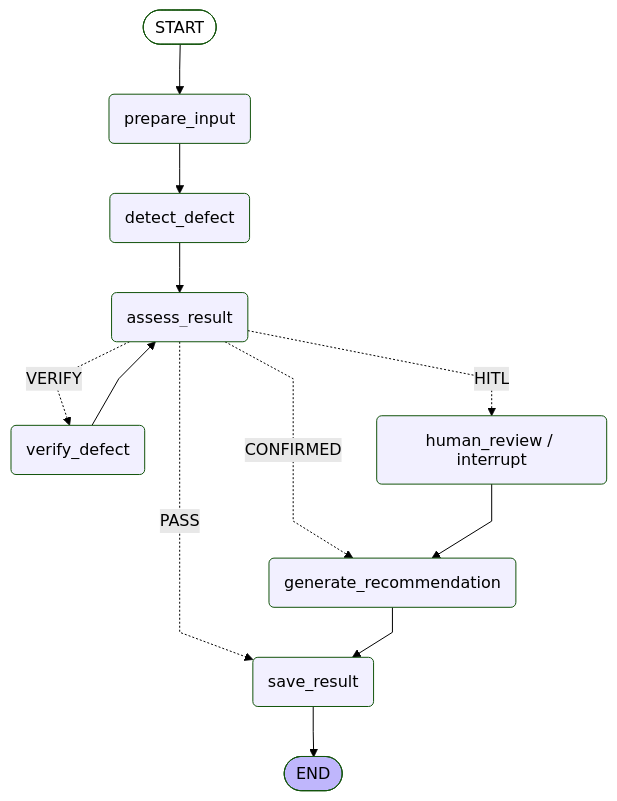
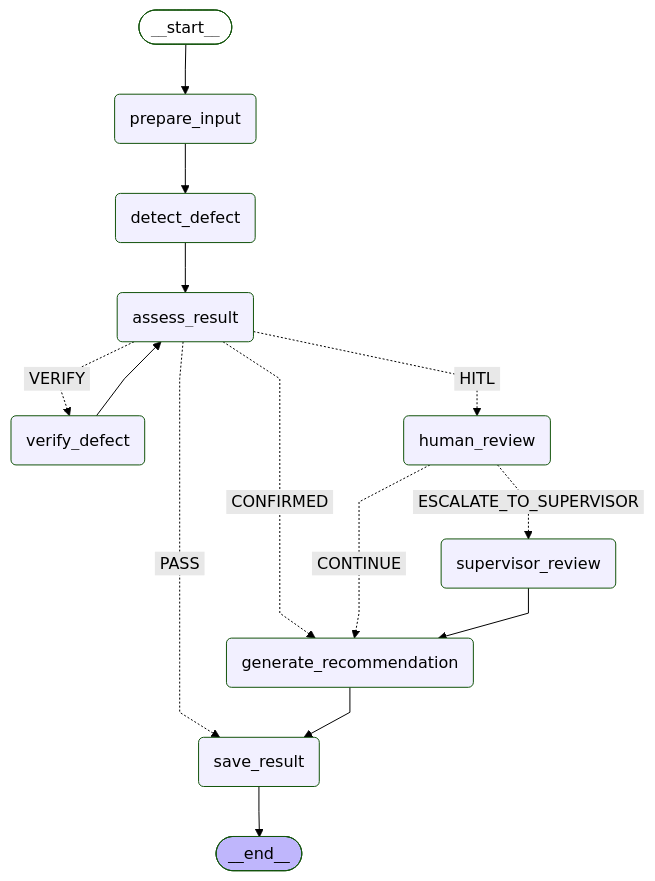
The diagram in agent_flow.mmd (Dang2k5/surface_car), drawn with Mermaid (forest theme) before and after one commit. The commit also changed 160 other files, not shown here.

```diff
--- a/agent_flow.mmd
+++ b/agent_flow.mmd
@@ -1,29 +1,32 @@
 ---
 config:
   flowchart:
     curve: linear
 ---
 graph TD;
-    __start__([START]):::first
-    prepare_input(prepare_input)
-    detect_defect(detect_defect)
-    assess_result(assess_result)
-    verify_defect(verify_defect)
-    human_review(human_review / interrupt)
-    generate_recommendation(generate_recommendation)
-    save_result(save_result)
-    __end__([END]):::last
-    __start__ --> prepare_input
-    prepare_input --> detect_defect
-    detect_defect --> assess_result
-    assess_result -. PASS .-> save_result
-    assess_result -. CONFIRMED .-> generate_recommendation
-    assess_result -. VERIFY .-> verify_defect
-    assess_result -. HITL .-> human_review
-    verify_defect --> assess_result
-    human_review --> generate_recommendation
-    generate_recommendation --> save_result
-    save_result --> __end__
-    classDef default fill:#f2f0ff,line-height:1.2
-    classDef first fill-opacity:0
-    classDef last fill:#bfb6fc
+	__start__([<p>__start__</p>]):::first
+	prepare_input(prepare_input)
+	detect_defect(detect_defect)
+	assess_result(assess_result)
+	verify_defect(verify_defect)
+	human_review(human_review)
+	supervisor_review(supervisor_review)
+	generate_recommendation(generate_recommendation)
+	save_result(save_result)
+	__end__([<p>__end__</p>]):::last
+	__start__ --> prepare_input;
+	assess_result -. &nbsp;CONFIRMED&nbsp; .-> generate_recommendation;
+	assess_result -. &nbsp;HITL&nbsp; .-> human_review;
+	assess_result -. &nbsp;PASS&nbsp; .-> save_result;
+	assess_result -. &nbsp;VERIFY&nbsp; .-> verify_defect;
+	detect_defect --> assess_result;
+	generate_recommendation --> save_result;
+	human_review -. &nbsp;CONTINUE&nbsp; .-> generate_recommendation;
+	human_review -. &nbsp;ESCALATE_TO_SUPERVISOR&nbsp; .-> supervisor_review;
+	prepare_input --> detect_defect;
+	supervisor_review --> generate_recommendation;
+	verify_defect --> assess_result;
+	save_result --> __end__;
+	classDef default fill:#f2f0ff,line-height:1.2
+	classDef first fill-opacity:0
+	classDef last fill:#bfb6fc
```
